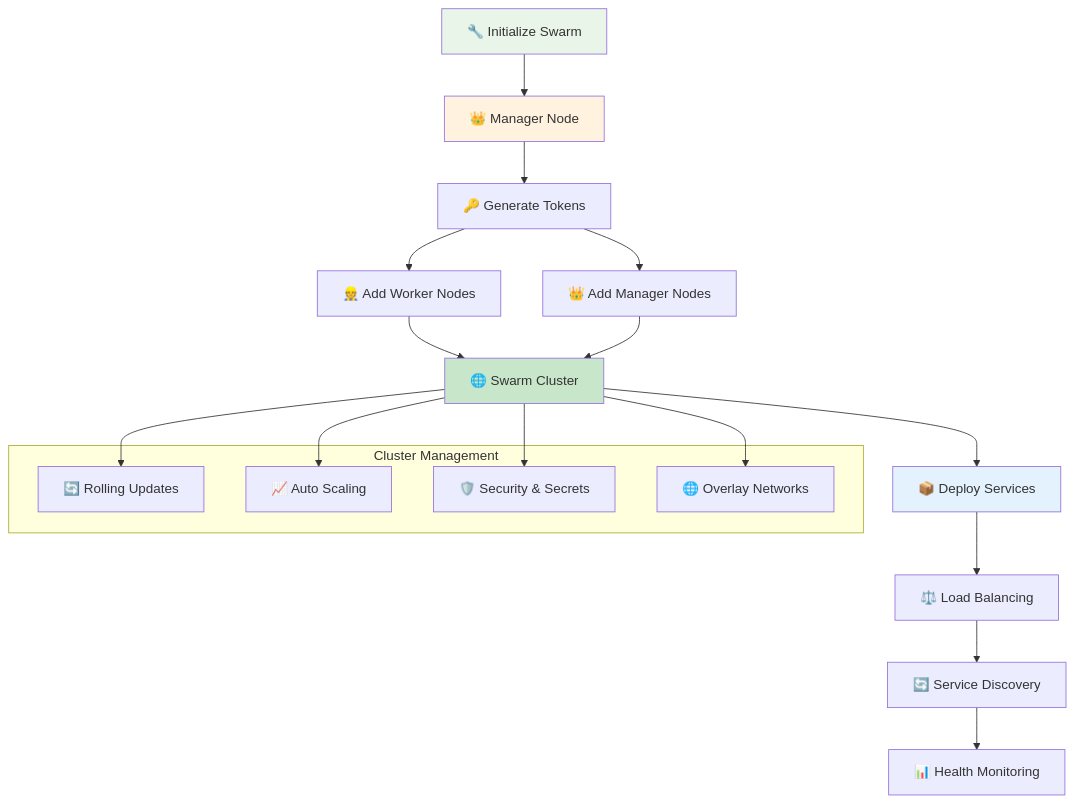
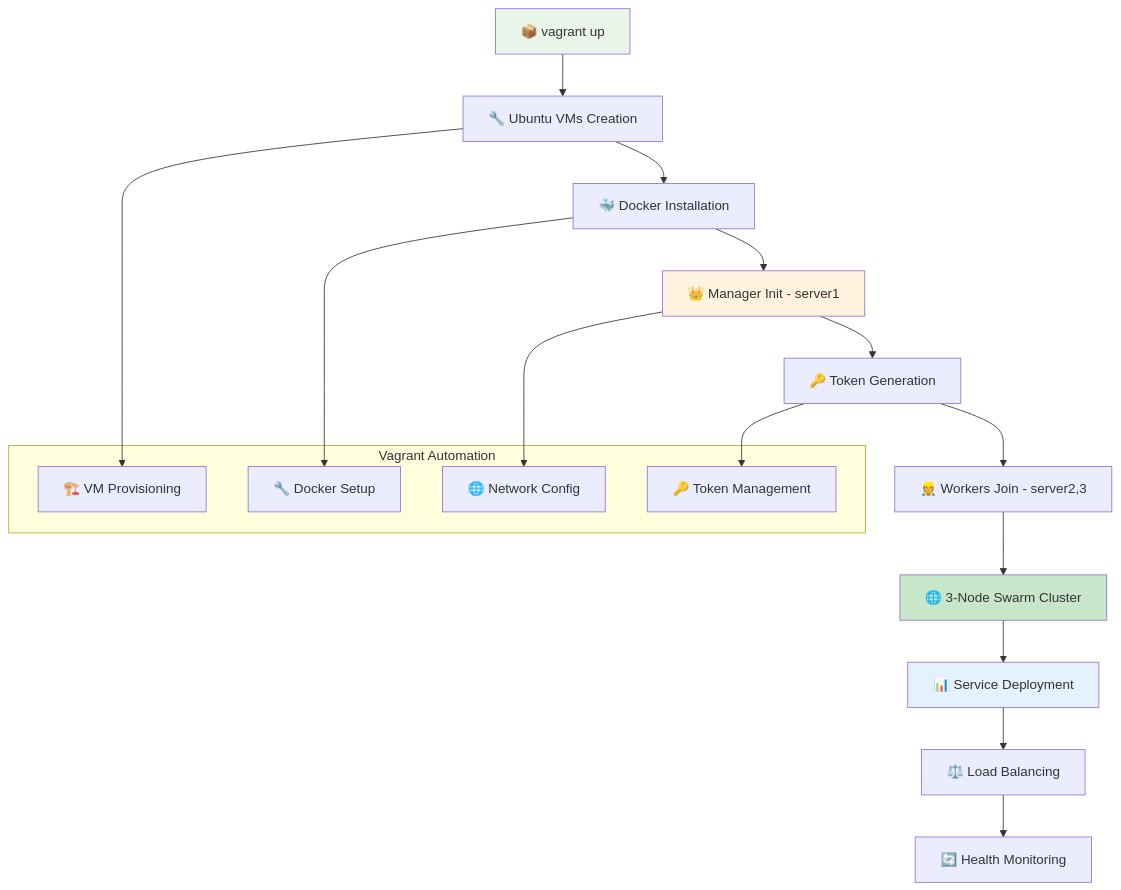
The first of 4 diagrams in Docker Swarm Setup/README.md (AnilPatel13/Docker-Kubernethes), drawn with Mermaid before and after one commit. The commit also changed other lines of this file and 14 other files, not shown here.

Commit message:
adding the docker swarm secrets.

````diff
--- a/Docker Swarm Setup/README.md
+++ b/Docker Swarm Setup/README.md
@@ -16,30 +16,29 @@
 ```mermaid
 flowchart TD
-    A[🔧 Initialize Swarm] --> B[👑 Manager Node]
-    B --> C[🔑 Generate Tokens]
-    C --> D[👷 Add Worker Nodes]
-    C --> E[👑 Add Manager Nodes]
-    D --> F[🌐 Swarm Cluster]
-    E --> F
-    F --> G[📦 Deploy Services]
-    G --> H[⚖️ Load Balancing]
-    H --> I[🔄 Service Discovery]
-    I --> J[📊 Health Monitoring]
+    A[📦 vagrant up] --> B[🔧 Ubuntu VMs Creation]
+    B --> C[🐳 Docker Installation]
+    C --> D[👑 Manager Init - server1]
+    D --> E[🔑 Token Generation]
+    E --> F[👷 Workers Join - server2,3]
+    F --> G[🌐 3-Node Swarm Cluster]
+    G --> H[📊 Service Deployment]
+    H --> I[⚖️ Load Balancing]
+    I --> J[🔄 Health Monitoring]
     
-    subgraph "Cluster Management"
-        K[🔄 Rolling Updates]
-        L[📈 Auto Scaling]
-        M[🛡️ Security & Secrets]
-        N[🌐 Overlay Networks]
+    subgraph "Vagrant Automation"
+        K[🏗️ VM Provisioning]
+        L[🔧 Docker Setup]
+        M[🌐 Network Config]
+        N[🔑 Token Management]
     end
     
-    F --> K
-    F --> L
-    F --> M
-    F --> N
+    B --> K
+    C --> L
+    D --> M
+    E --> N
     
     style A fill:#e8f5e8
-    style B fill:#fff3e0
-    style F fill:#c8e6c9
-    style G fill:#e3f2fd
+    style D fill:#fff3e0
+    style G fill:#c8e6c9
+    style H fill:#e3f2fd
 ```
````
